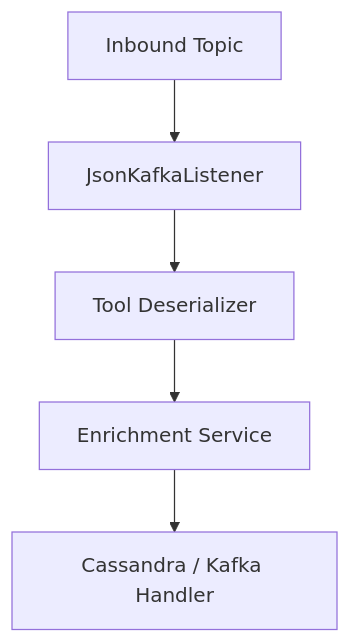
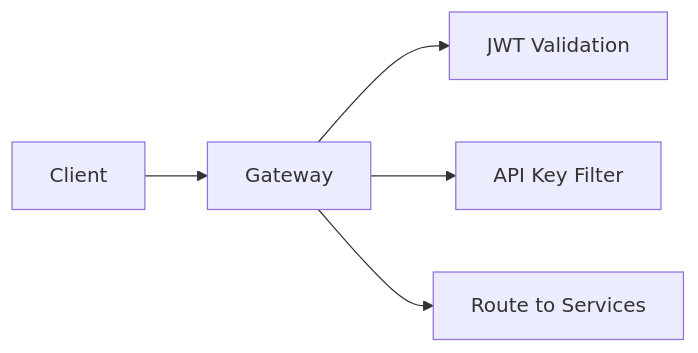
Before and after one commit to Praesto-Pro/openframe-oss-tenant: the fifth of 12 diagrams in docs/architecture/README.md, drawn with Mermaid. The commit also changed other lines of this file and 214 other files, not shown here.

````diff
--- a/docs/architecture/README.md
+++ b/docs/architecture/README.md
@@ -249,7 +178,7 @@
 ```mermaid
-flowchart TD
-    KafkaInbound["Inbound Topic"] --> Listener["JsonKafkaListener"]
-    Listener --> Deserializer["Tool Deserializer"]
-    Deserializer --> Enrichment["Enrichment Service"]
-    Enrichment --> Handler["Cassandra / Kafka Handler"]
+flowchart LR
+    Client --> Gateway
+    Gateway --> JwtValidation["JWT Validation"]
+    Gateway --> ApiKeyFilter["API Key Filter"]
+    Gateway --> Route["Route to Services"]
 ```
````
